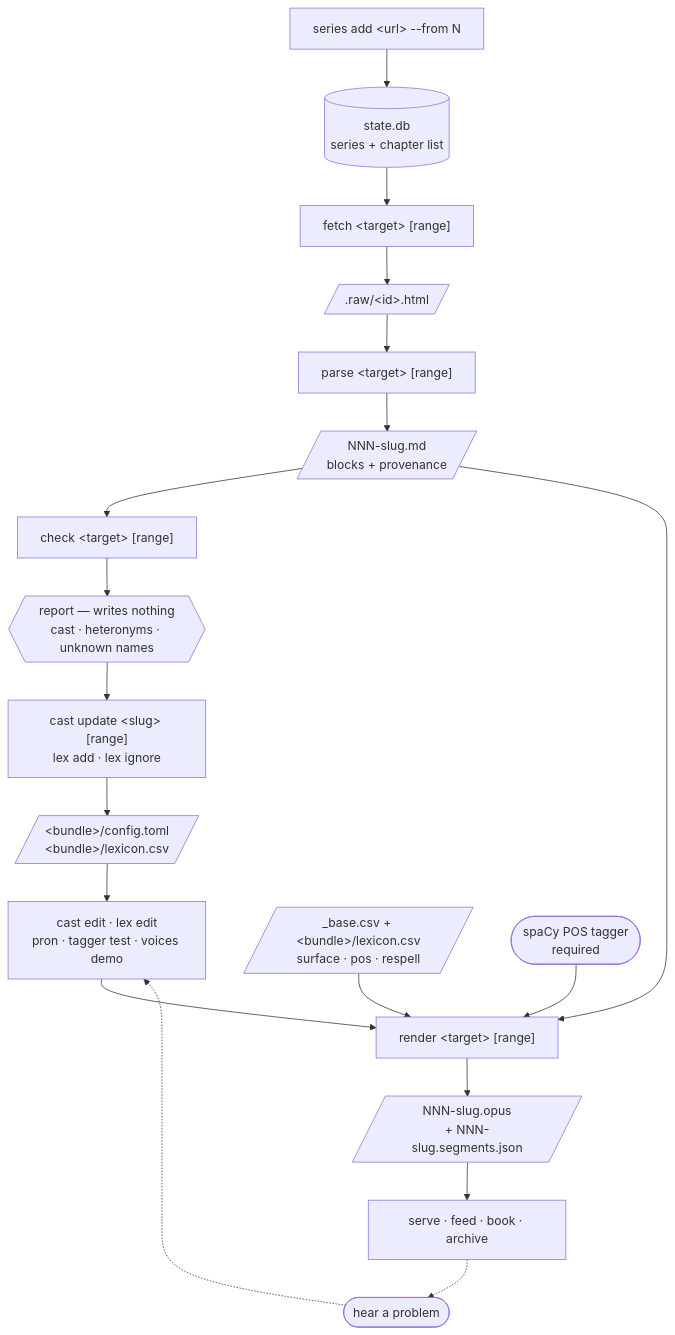
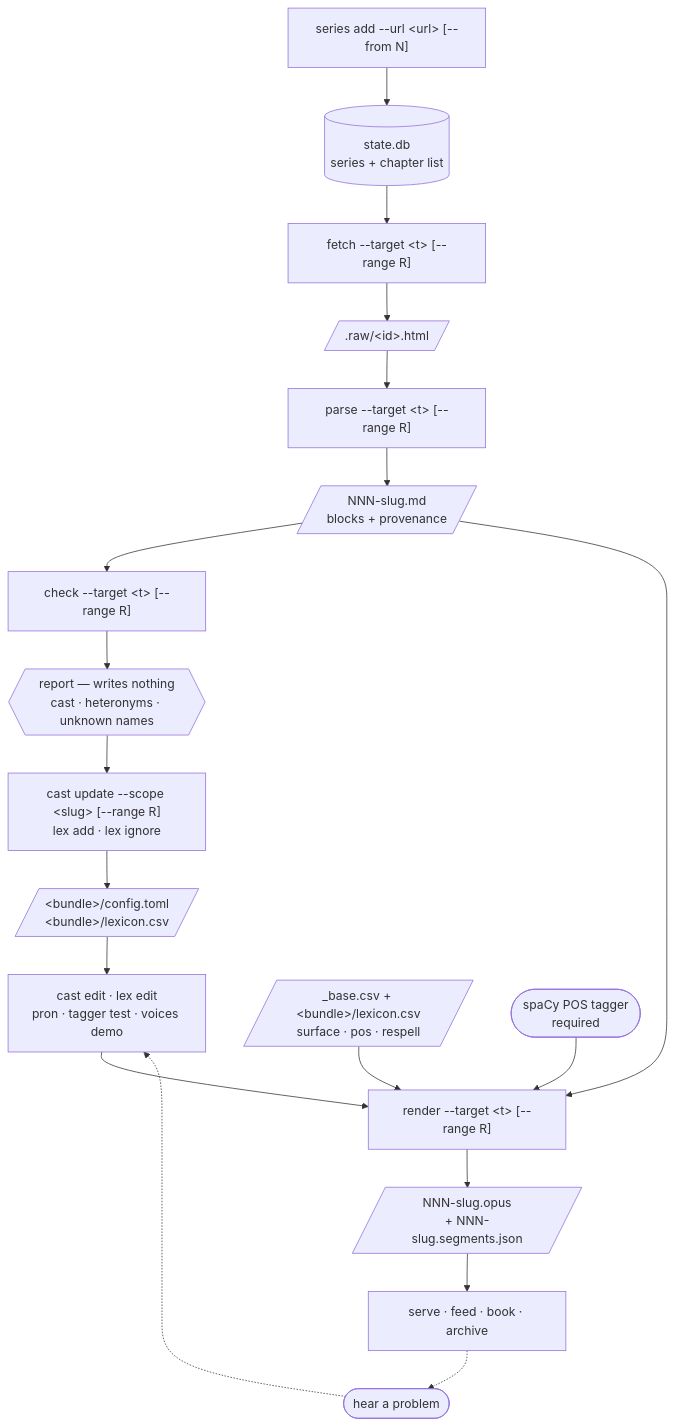
Before and after one commit to jrobrien/webnovel-audio: the diagram in README.md, drawn with Mermaid. The commit also changed other lines of this file and 3 other files, not shown here.

````diff
--- a/README.md
+++ b/README.md
@@ -134,21 +134,21 @@
 ```mermaid
 flowchart TD
-    A["series add &lt;url&gt; --from N"] --> DB[("state.db<br/>series + chapter list")]
-    DB --> F["fetch &lt;target&gt; [range]"]
+    A["series add --url &lt;url&gt; [--from N]"] --> DB[("state.db<br/>series + chapter list")]
+    DB --> F["fetch --target &lt;t&gt; [--range R]"]
     F --> RAW[/".raw/&lt;id&gt;.html"/]
-    RAW --> P["parse &lt;target&gt; [range]"]
+    RAW --> P["parse --target &lt;t&gt; [--range R]"]
     P --> MD[/"NNN-slug.md<br/>blocks + provenance"/]
-    MD --> CK["check &lt;target&gt; [range]"]
+    MD --> CK["check --target &lt;t&gt; [--range R]"]
     CK --> REP{{"report — writes nothing<br/>cast · heteronyms · unknown names"}}
-    REP --> AP["cast update &lt;slug&gt; [range]<br/>lex add · lex ignore"]
+    REP --> AP["cast update --scope &lt;slug&gt; [--range R]<br/>lex add · lex ignore"]
     AP --> CFG[/"&lt;bundle&gt;/config.toml<br/>&lt;bundle&gt;/lexicon.csv"/]
     CFG --> ED["cast edit · lex edit<br/>pron · tagger test · voices demo"]
-    ED --> R["render &lt;target&gt; [range]"]
+    ED --> R["render --target &lt;t&gt; [--range R]"]
     MD --> R
     LEX[/"_base.csv + &lt;bundle&gt;/lexicon.csv<br/>surface · pos · respell"/] --> R
     TAG(["spaCy POS tagger<br/>required"]) --> R
     R --> OP[/"NNN-slug.opus<br/>+ NNN-slug.segments.json"/]
     OP --> D["serve · feed · book · archive"]
     D -.-> HP(["hear a problem"])
     HP -.-> ED
 ```
````
